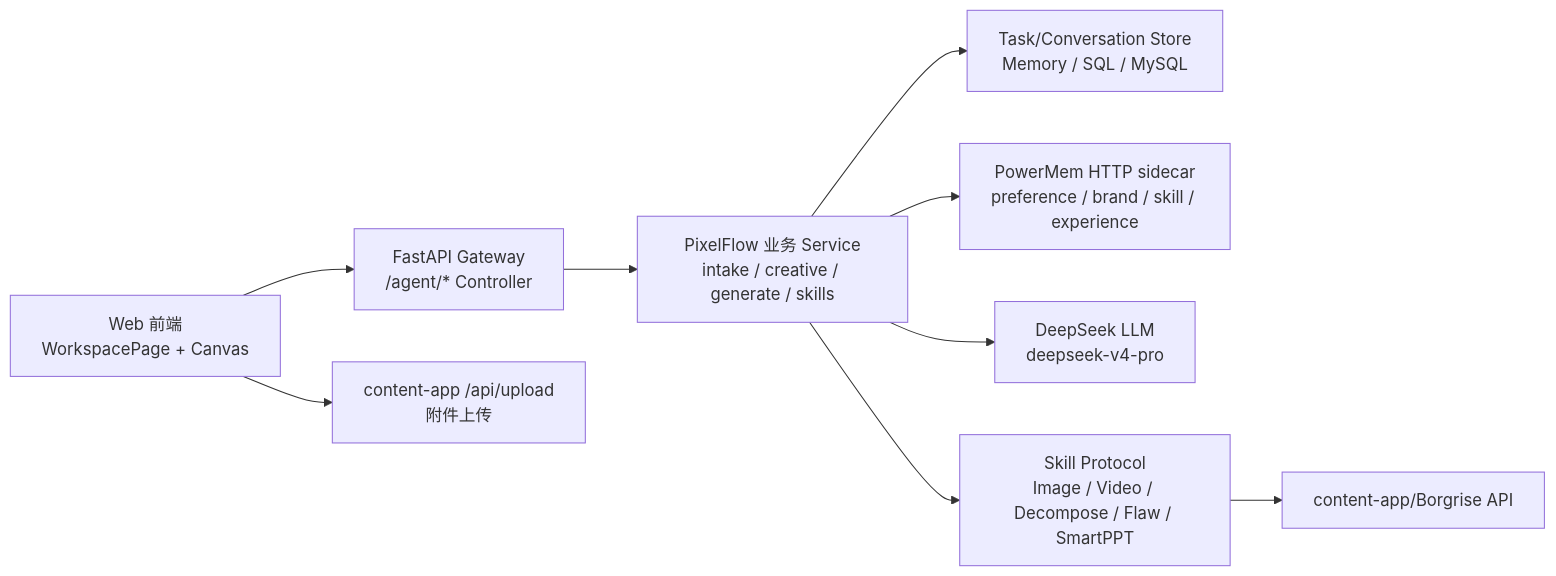
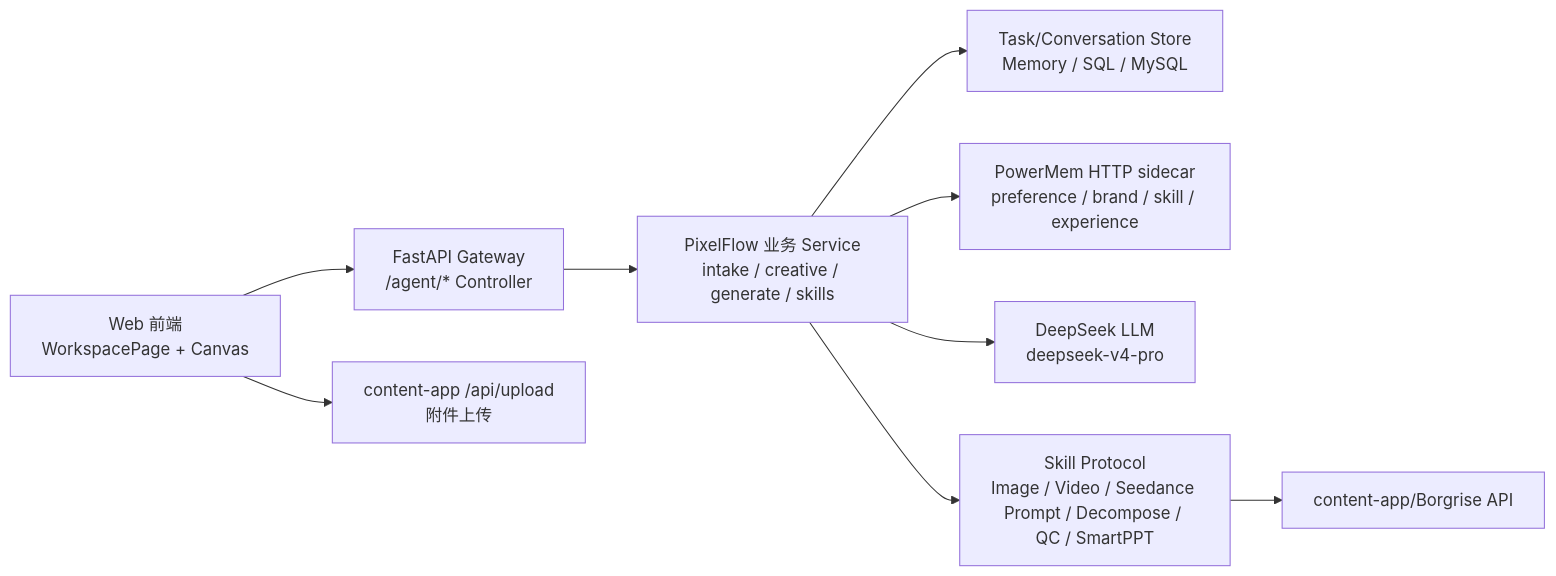
Before and after one commit to joyslxd/pixelflow: the first of 7 diagrams in docs/pixelflow-agent-skill-flow-latest-design.md, drawn with Mermaid. The commit also changed other lines of this file and 3 other files, not shown here.

````diff
--- a/docs/pixelflow-agent-skill-flow-latest-design.md
+++ b/docs/pixelflow-agent-skill-flow-latest-design.md
@@ -21,11 +21,11 @@
 ```mermaid
 flowchart LR
   FE["Web 前端<br/>WorkspacePage + Canvas"] --> GW["FastAPI Gateway<br/>/agent/* Controller"]
   GW --> Flow["PixelFlow 业务 Service<br/>intake / creative / generate / skills"]
   Flow --> Store["Task/Conversation Store<br/>Memory / SQL / MySQL"]
   Flow --> PM["PowerMem HTTP sidecar<br/>preference / brand / skill / experience"]
   Flow --> LLM["DeepSeek LLM<br/>deepseek-v4-pro"]
-  Flow --> Skill["Skill Protocol<br/>Image / Video / Decompose / Flaw / SmartPPT"]
+  Flow --> Skill["Skill Protocol<br/>Image / Video / Seedance Prompt / Decompose / QC / SmartPPT"]
   Skill --> Borgrise["content-app/Borgrise API"]
   FE --> Upload["content-app /api/upload<br/>附件上传"]
 ```
````
